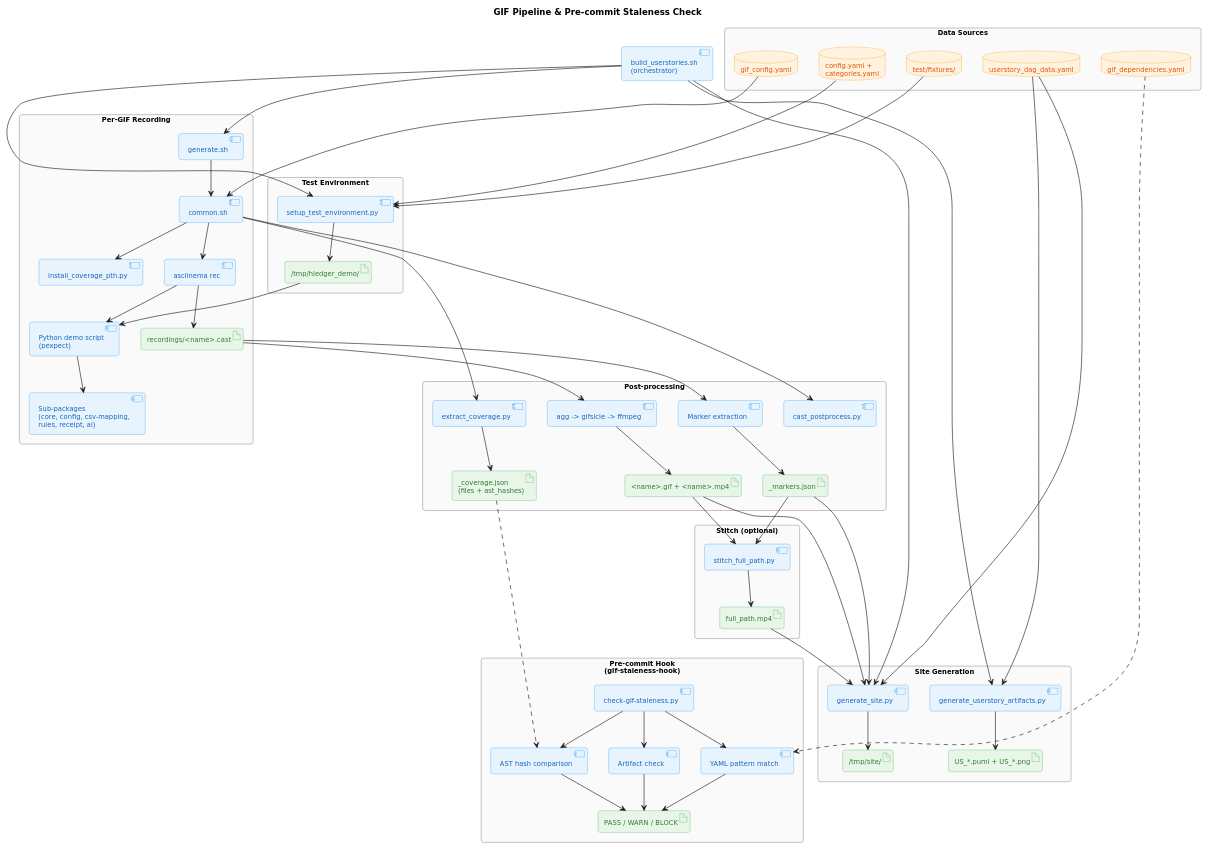
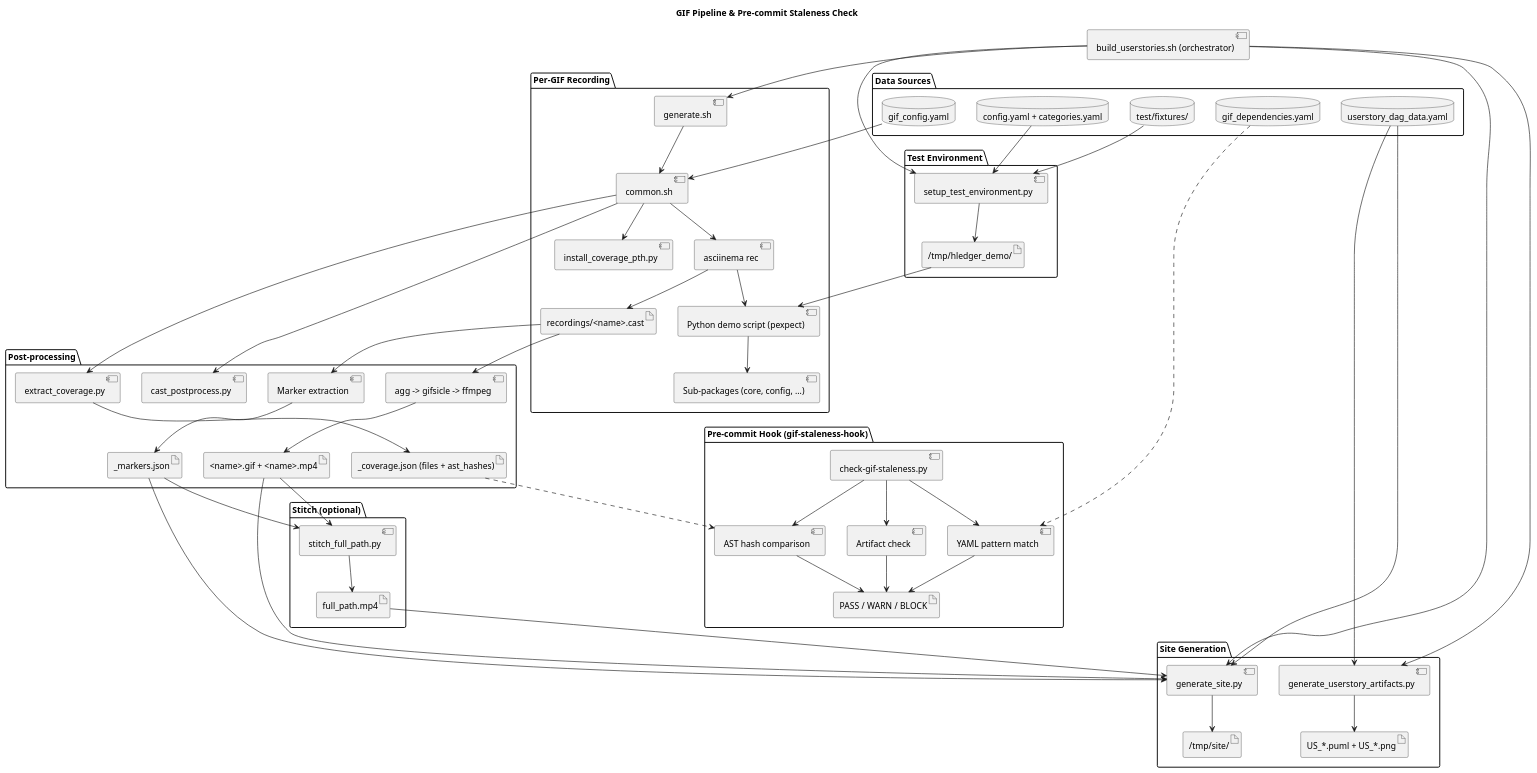
The diagram in docs/gif_pipeline_overview.puml (hledger-flow-receipt-parsing-AI/hledger-preprocessor), drawn with PlantUML before and after one commit. The commit also changed 1 other file, not shown here.

Commit message:
Hand-craft SVG diagram for proper layout control
PlantUML 1.2020.02 could not produce the desired layout, so the SVG
is now hand-crafted with full control over positioning:
- Row 1: Data Sources (left, with sub-groups) | Orchestrator (right)
- Row 2: Test Environment (left) | Per-GIF Recording (right)
- Row 3: Post-processing (full width)
- Row 4: Stitch (center)
- Row 5: Site Generation (left) | Pre-commit Hook (right)

All lines are straight (no curves). Connections are color-coded:
  Blue = orchestrator, Orange = data feeds, Green = recording,
  Purple = post-processing, Teal = site gen, Red dashed = hook data.

The .puml is kept as logical reference only (not used for rendering).

```diff
--- a/docs/gif_pipeline_overview.puml
+++ b/docs/gif_pipeline_overview.puml
@@ -1,170 +1,130 @@
 @startuml gif_pipeline_overview
-skinparam backgroundColor #FFFFFF
-skinparam shadowing false
-skinparam roundcorner 8
-skinparam defaultFontName "DejaVu Sans"
-skinparam defaultFontSize 11
-skinparam packageStyle rectangle
-
-top to bottom direction
-
-skinparam component {
-  BackgroundColor #E8F4FD
-  BorderColor #2196F3
-  FontColor #1565C0
-}
-
-skinparam database {
-  BackgroundColor #FFF3E0
-  BorderColor #FF9800
-  FontColor #E65100
-}
-
-skinparam artifact {
-  BackgroundColor #E8F5E9
-  BorderColor #4CAF50
-  FontColor #2E7D32
-}
-
-skinparam package {
-  BackgroundColor #FAFAFA
-  BorderColor #9E9E9E
-}
+' NOTE: The SVG (gif_pipeline_overview.svg) is now HAND-CRAFTED,
+' not generated from this .puml file.
+'
+' This .puml is kept as a reference for the logical structure only.
+' To update the diagram, edit the .svg directly.
+'
+' The hand-crafted SVG was needed because PlantUML 1.2020.02 could not
+' produce the desired layout:
+'   - Data Sources left, orchestrator right (same row)
+'   - Test Environment left, Per-GIF Recording right (same row)
+'   - Post-processing below (full width)
+'   - Stitch below post-processing
+'   - Site Generation left, Pre-commit Hook right (same row, bottom)
+'   - Straight lines, color-coded by flow type
+'   - No floating label text
+'
+' Color key for connections:
+'   Blue (#2196F3)    = orchestrator dispatch
+'   Orange (#FF9800)  = data source feeds
+'   Green (#4CAF50)   = recording flow
+'   Purple (#9C27B0)  = post-processing flow
+'   Teal (#00897B)    = site generation inputs
+'   Red (#E53935)     = pre-commit hook data (dashed)
 
 title GIF Pipeline & Pre-commit Staleness Check
 
-' ===========================================================================
-'  ROW 1: Data Sources (left) | Orchestrator (right)
-' ===========================================================================
-together {
-  package "Data Sources" as ds {
-    database "config.yaml +\ncategories.yaml" as demo_config
-    database "gif_config.yaml" as gif_config
-    database "userstory_dag_data.yaml" as dag_yaml
-    database "gif_dependencies.yaml" as gif_deps
-    database "test/fixtures/" as fixtures
-  }
-
-  component "build_userstories.sh\n(orchestrator)" as build_sh
+package "Data Sources" {
+  database "config.yaml + categories.yaml" as demo_config
+  database "gif_config.yaml" as gif_config
+  database "userstory_dag_data.yaml" as dag_yaml
+  database "gif_dependencies.yaml" as gif_deps
+  database "test/fixtures/" as fixtures
 }
 
-' ===========================================================================
-'  ROW 2: Test Environment (left) | Per-GIF Recording (right)
-' ===========================================================================
-together {
-  package "Test Environment" as env {
-    component "setup_test_environment.py" as setup_env
-    artifact "/tmp/hledger_demo/" as tmp_demo
-  }
+component "build_userstories.sh (orchestrator)" as build_sh
 
-  package "Per-GIF Recording" as rec {
-    component "generate.sh" as generate_sh
-    component "common.sh" as common_sh
-    component "install_coverage_pth.py" as pth_install
-    component "asciinema rec" as asciinema
-    component "Python demo script\n(pexpect)" as demo_script
-    component "Sub-packages\n(core, config, csv-mapping,\nrules, receipt, ai)" as sub_pkgs
-    artifact "recordings/<name>.cast" as cast_file
-  }
+package "Test Environment" {
+  component "setup_test_environment.py" as setup_env
+  artifact "/tmp/hledger_demo/" as tmp_demo
 }
 
-' ===========================================================================
-'  ROW 3: Post-processing (full width)
-' ===========================================================================
-package "Post-processing" as post {
+package "Per-GIF Recording" {
+  component "generate.sh" as generate_sh
+  component "common.sh" as common_sh
+  component "install_coverage_pth.py" as pth_install
+  component "asciinema rec" as asciinema
+  component "Python demo script (pexpect)" as demo_script
+  component "Sub-packages (core, config, ...)" as sub_pkgs
+  artifact "recordings/<name>.cast" as cast_file
+}
+
+package "Post-processing" {
   component "extract_coverage.py" as extract_cov
-  artifact "_coverage.json\n(files + ast_hashes)" as cov_json
+  artifact "_coverage.json (files + ast_hashes)" as cov_json
   component "cast_postprocess.py" as cast_pp
   component "agg -> gifsicle -> ffmpeg" as render_chain
   component "Marker extraction" as marker_extract
   artifact "_markers.json" as markers_json
   artifact "<name>.gif + <name>.mp4" as gif_mp4
 }
 
-' ===========================================================================
-'  ROW 4: Stitch
-' ===========================================================================
-package "Stitch (optional)" as stitch_pkg {
+package "Stitch (optional)" {
   component "stitch_full_path.py" as stitch
   artifact "full_path.mp4" as full_path
 }
 
-' ===========================================================================
-'  ROW 5: Site Generation (left) | Pre-commit Hook (right)
-' ===========================================================================
-together {
-  package "Site Generation" as site {
-    component "generate_userstory_artifacts.py" as gen_artifacts
-    artifact "US_*.puml + US_*.png" as dag_pngs
-    component "generate_site.py" as gen_site
-    artifact "/tmp/site/" as site_output
-  }
-
-  package "Pre-commit Hook\n(gif-staleness-hook)" as hook_pkg {
-    component "check-gif-staleness.py" as hook
-    component "AST hash comparison" as cov_check
-    component "YAML pattern match" as yaml_check
-    component "Artifact check" as artifact_check
-    artifact "PASS / WARN / BLOCK" as hook_result
-  }
+package "Site Generation" {
+  component "generate_userstory_artifacts.py" as gen_artifacts
+  artifact "US_*.puml + US_*.png" as dag_pngs
+  component "generate_site.py" as gen_site
+  artifact "/tmp/site/" as site_output
 }
 
-' ===========================================================================
-'  CONNECTIONS
-' ===========================================================================
+package "Pre-commit Hook (gif-staleness-hook)" {
+  component "check-gif-staleness.py" as hook
+  component "AST hash comparison" as cov_check
+  component "YAML pattern match" as yaml_check
+  component "Artifact check" as artifact_check
+  artifact "PASS / WARN / BLOCK" as hook_result
+}
 
-' Data sources -> test env
-demo_config --> setup_env
-fixtures --> setup_env
-setup_env --> tmp_demo
-
-' Orchestrator dispatches
 build_sh --> setup_env
 build_sh --> generate_sh
 build_sh --> gen_artifacts
 build_sh --> gen_site
 
-' Recording flow
+demo_config --> setup_env
+fixtures --> setup_env
+setup_env --> tmp_demo
+gif_config --> common_sh
+
 generate_sh --> common_sh
-gif_config --> common_sh
 common_sh --> pth_install
 common_sh --> asciinema
 asciinema --> demo_script
 demo_script --> sub_pkgs
 tmp_demo --> demo_script
 asciinema --> cast_file
 
-' Post-processing
 common_sh --> extract_cov
 extract_cov --> cov_json
 common_sh --> cast_pp
 cast_file --> render_chain
 render_chain --> gif_mp4
 cast_file --> marker_extract
 marker_extract --> markers_json
 
-' Stitch
 gif_mp4 --> stitch
 markers_json --> stitch
 stitch --> full_path
 
-' Site generation
 dag_yaml --> gen_artifacts
 gen_artifacts --> dag_pngs
 dag_yaml --> gen_site
 gif_mp4 --> gen_site
 markers_json --> gen_site
 full_path --> gen_site
 gen_site --> site_output
 
-' Pre-commit hook
 cov_json ..> cov_check
 gif_deps ..> yaml_check
 hook --> cov_check
 hook --> yaml_check
 hook --> artifact_check
 cov_check --> hook_result
 yaml_check --> hook_result
 artifact_check --> hook_result
 
 @enduml
```
